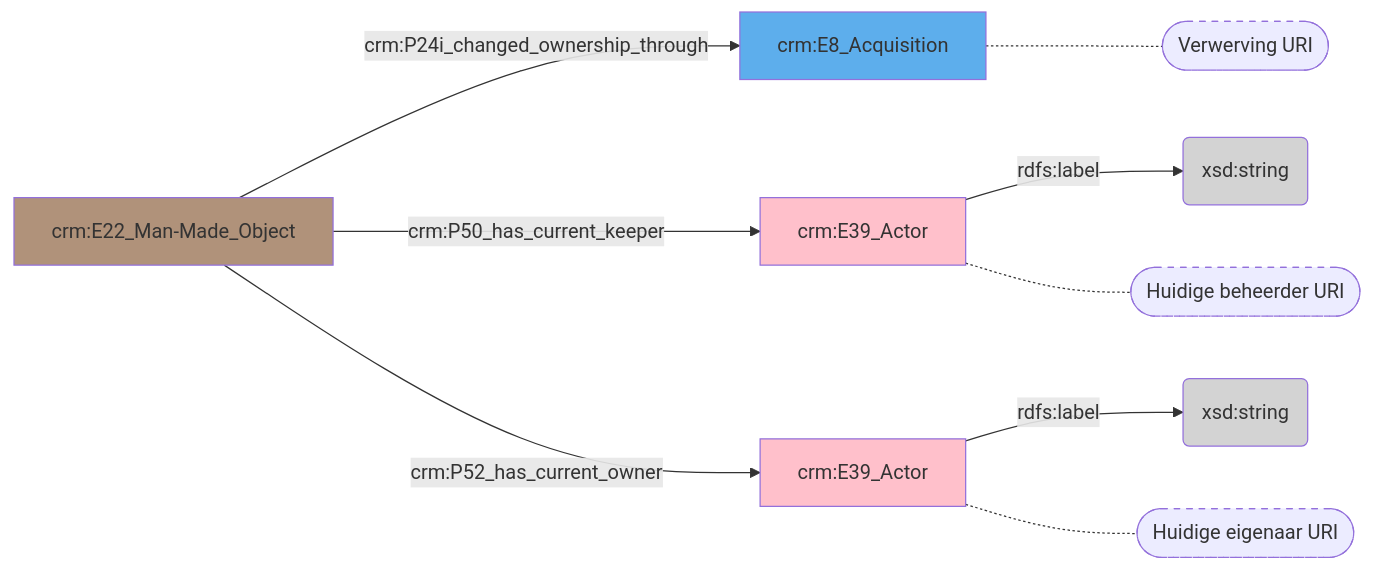
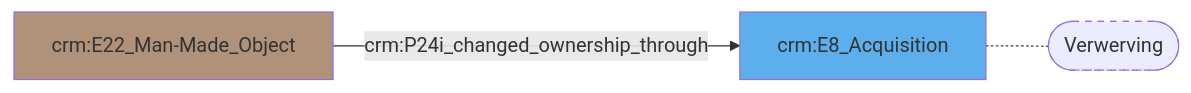
The diagram in docs/content/modellen/BibliographicalItem/Context.md (digipolisantwerpdocumentation/antwerp-cultureel-erfgoed), drawn with Mermaid before and after one commit. The commit also changed 16 other files, not shown here.

````diff
--- a/docs/content/modellen/BibliographicalItem/Context.md
+++ b/docs/content/modellen/BibliographicalItem/Context.md
@@ -1,20 +1,8 @@
 ```mermaid
 graph LR
-4cf1af0e-df80-11ed-9655-00163e71351b["crm:E39_Actor"]-->|"rdfs:label"|4cf1b3a0-df80-11ed-9655-00163e71351b(xsd:string)
-512ffd00-df80-11ed-9064-00163e71351b["crm:E39_Actor"]-->|"rdfs:label"|513001c4-df80-11ed-9064-00163e71351b(xsd:string)
+style afd18e06-62c4-11ee-a9ac-00163e71351b_s stroke-dasharray: 5
+style 099f196c-df80-11ed-9232-00163e71351b fill:#B0927A
+style afd18e06-62c4-11ee-a9ac-00163e71351b fill:#5DAEEC
 099f196c-df80-11ed-9232-00163e71351b["crm:E22_Man-Made_Object"]-->|"crm:P24i_changed_ownership_through"|afd18e06-62c4-11ee-a9ac-00163e71351b["crm:E8_Acquisition"]
-099f196c-df80-11ed-9232-00163e71351b["crm:E22_Man-Made_Object"]-->|"crm:P50_has_current_keeper"|4cf1af0e-df80-11ed-9655-00163e71351b["crm:E39_Actor"]
-099f196c-df80-11ed-9232-00163e71351b["crm:E22_Man-Made_Object"]-->|"crm:P52_has_current_owner"|512ffd00-df80-11ed-9064-00163e71351b["crm:E39_Actor"]
-afd18e06-62c4-11ee-a9ac-00163e71351b["crm:E8_Acquisition"]-.-afd18e06-62c4-11ee-a9ac-00163e71351b_s(["Verwerving URI"])
-4cf1af0e-df80-11ed-9655-00163e71351b["crm:E39_Actor"]-.-4cf1af0e-df80-11ed-9655-00163e71351b_s(["Huidige beheerder URI"])
-512ffd00-df80-11ed-9064-00163e71351b["crm:E39_Actor"]-.-512ffd00-df80-11ed-9064-00163e71351b_s(["Huidige eigenaar URI"])
-style afd18e06-62c4-11ee-a9ac-00163e71351b_s stroke-dasharray: 5
-style 4cf1af0e-df80-11ed-9655-00163e71351b_s stroke-dasharray: 5
-style 512ffd00-df80-11ed-9064-00163e71351b_s stroke-dasharray: 5
-style 099f196c-df80-11ed-9232-00163e71351b fill:#B0927A
-style 4cf1af0e-df80-11ed-9655-00163e71351b fill:#ffc0cb
-style 4cf1b3a0-df80-11ed-9655-00163e71351b fill:#D3D3D3
-style 512ffd00-df80-11ed-9064-00163e71351b fill:#ffc0cb
-style 513001c4-df80-11ed-9064-00163e71351b fill:#D3D3D3
-style afd18e06-62c4-11ee-a9ac-00163e71351b fill:#5DAEEC
+afd18e06-62c4-11ee-a9ac-00163e71351b["crm:E8_Acquisition"]-.-afd18e06-62c4-11ee-a9ac-00163e71351b_s(["Verwerving"])
 ```
````
